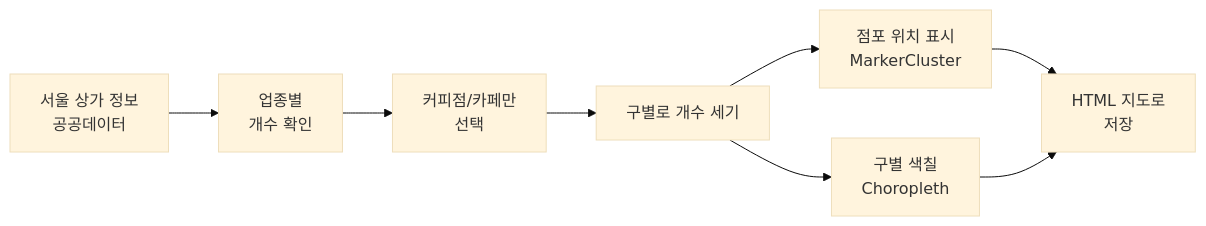
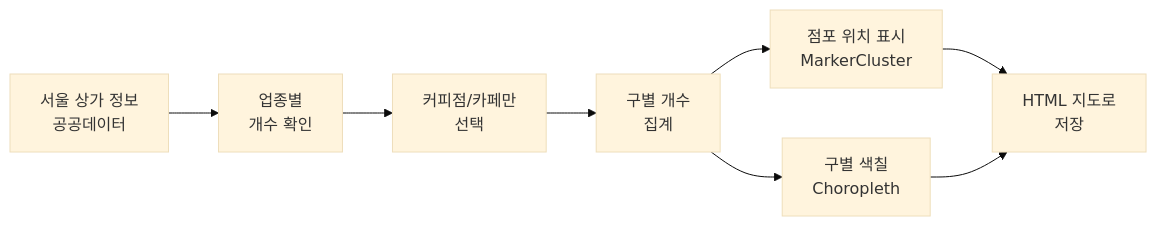
Before and after one commit to mjk022/portfolio: the diagram in 지도시각화/README.md, drawn with Mermaid (base theme). The commit also changed 7 other files, not shown here.

Commit message:
README 다이어그램 라벨을 GitHub에서 줄바꿈되지 않는 폭으로 다시 정리

````diff
--- a/지도시각화/README.md
+++ b/지도시각화/README.md
@@ -24,9 +24,9 @@
 ```mermaid
 flowchart LR
     A[서울 상가 정보<br/>공공데이터] --> B[업종별<br/>개수 확인]
     B --> C[커피점/카페만<br/>선택]
-    C --> D[구별로 개수 세기]
+    C --> D[구별 개수<br/>집계]
     D --> E1[점포 위치 표시<br/>MarkerCluster]
     D --> E2[구별 색칠<br/>Choropleth]
     E1 & E2 --> F[HTML 지도로<br/>저장]
 ```
````
